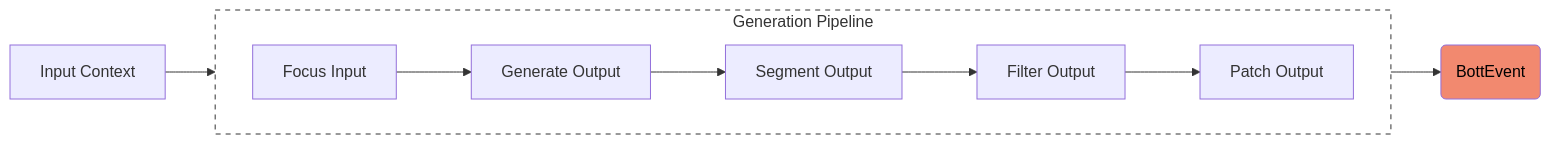
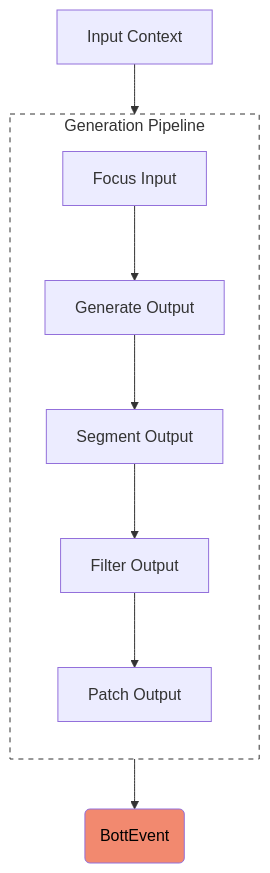
Before and after one commit to daniellacosse/Bott: the diagram in libraries/gemini/events/README.md, drawn with Mermaid. The commit also changed other lines of this file and 6 other files, not shown here.

````diff
--- a/libraries/gemini/events/README.md
+++ b/libraries/gemini/events/README.md
@@ -29,17 +30,17 @@
 ```mermaid
-flowchart LR
+flowchart TD
     Event[Input Context] --> Pipeline
 
     subgraph Pipeline [Generation Pipeline]
-      direction LR
+      direction TB
       Focus[Focus Input] --> Generate[Generate Output]
       Generate --> Segment[Segment Output]
       Segment --> Filter[Filter Output]
       Filter --> Patch[Patch Output]
     end
 
     Patch --> Result(BottEvent)
     
     style Result fill:#f2896f,color:black
     style Pipeline fill:none,stroke:#333,stroke-dasharray: 5 5
 ```
````
